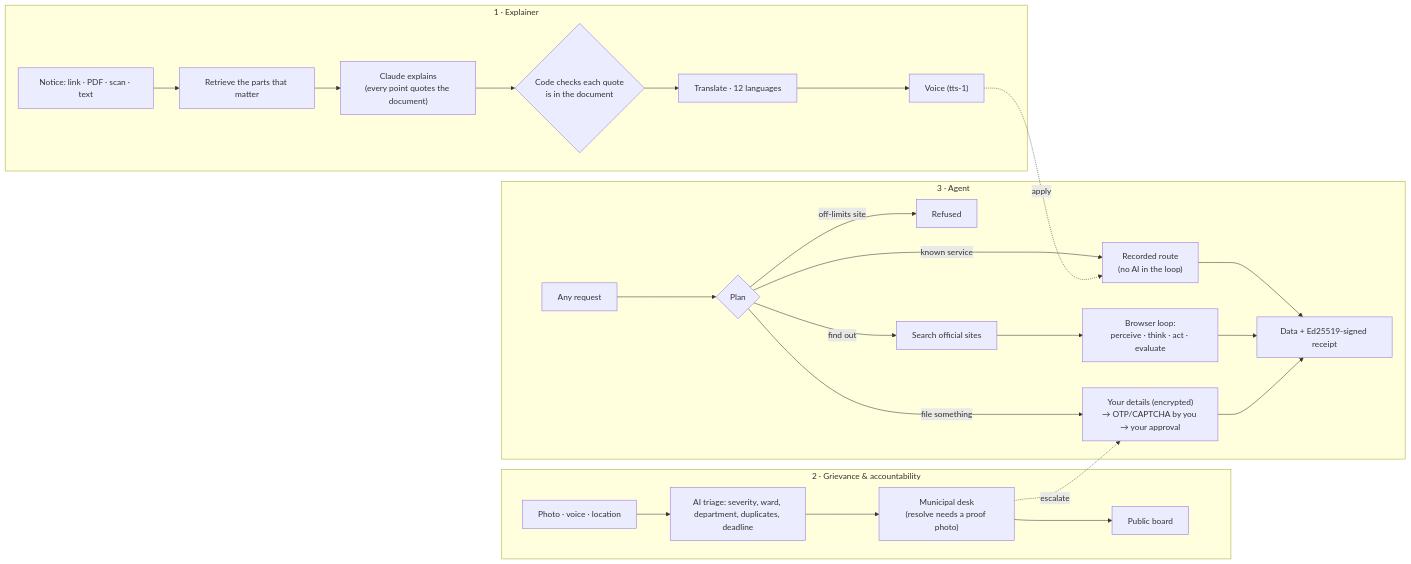
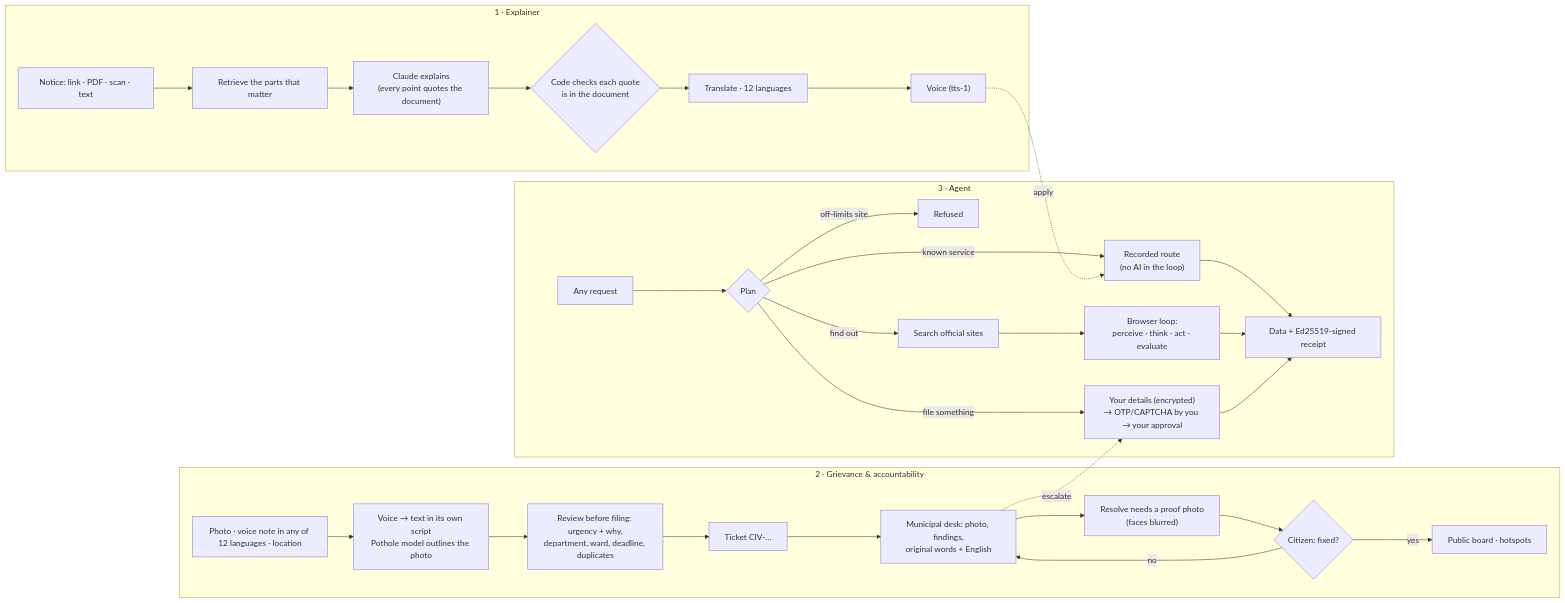
The diagram in README.md (Kanhaiya76618/civic-pilot), drawn with Mermaid before and after one commit. The commit also changed other lines of this file, not shown here.

Commit message:
README: live link and judges' demo, the new report flow, Hugging Face deploy

````diff
--- a/README.md
+++ b/README.md
@@ -88,21 +94,25 @@
 ```mermaid
 flowchart LR
   subgraph P1["1 · Explainer"]
     D["Notice: link · PDF · scan · text"] --> R["Retrieve the parts that matter"] --> E["Claude explains<br/>(every point quotes the document)"]
     E --> V{"Code checks each quote<br/>is in the document"} --> T["Translate · 12 languages"] --> A["Voice (tts-1)"]
   end
   subgraph P2["2 · Grievance & accountability"]
-    G["Photo · voice · location"] --> TR["AI triage: severity, ward, department, duplicates, deadline"]
-    TR --> DESK["Municipal desk<br/>(resolve needs a proof photo)"] --> BOARD["Public board"]
+    G["Photo · voice note in any of 12 languages · location"] --> CK["Voice → text in its own script<br/>Pothole model outlines the photo"]
+    CK --> TR["Review before filing: urgency + why,<br/>department, ward, deadline, duplicates"]
+    TR --> TK["Ticket CIV-…"] --> DESK["Municipal desk: photo, findings,<br/>original words + English"]
+    DESK --> PR["Resolve needs a proof photo<br/>(faces blurred)"] --> CZ{"Citizen: fixed?"}
+    CZ -->|yes| BOARD["Public board · hotspots"]
+    CZ -->|no| DESK
   end
   subgraph P3["3 · Agent"]
     Q["Any request"] --> PL{"Plan"}
     PL -->|off-limits site| X["Refused"]
     PL -->|known service| RR["Recorded route<br/>(no AI in the loop)"]
     PL -->|find out| S["Search official sites"] --> L["Browser loop:<br/>perceive · think · act · evaluate"]
     PL -->|file something| F["Your details (encrypted)<br/>→ OTP/CAPTCHA by you → your approval"]
     RR & L & F --> RC["Data + Ed25519-signed receipt"]
   end
   DESK -.escalate.-> F
   A -.apply.-> RR
 ```
````
